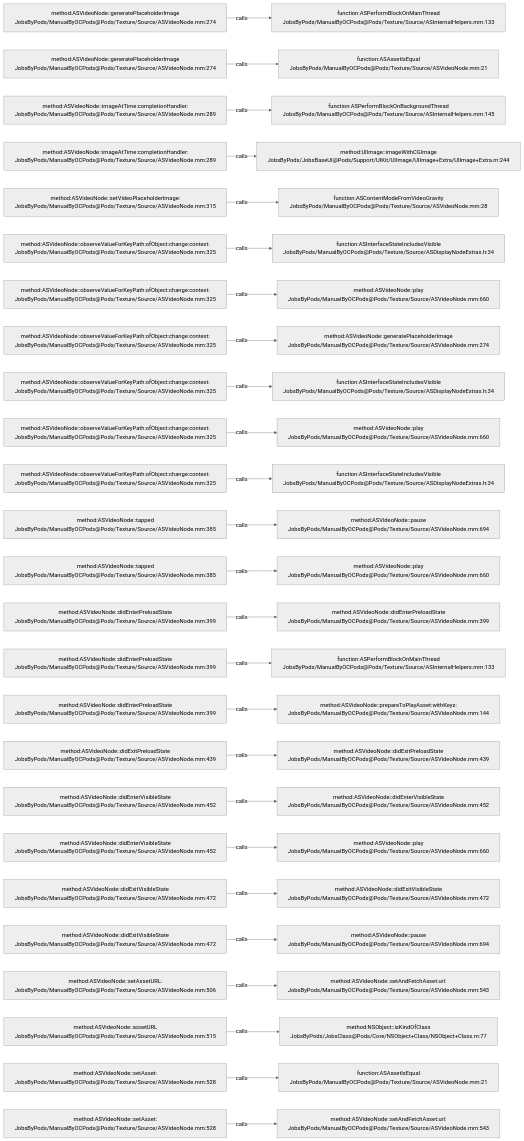
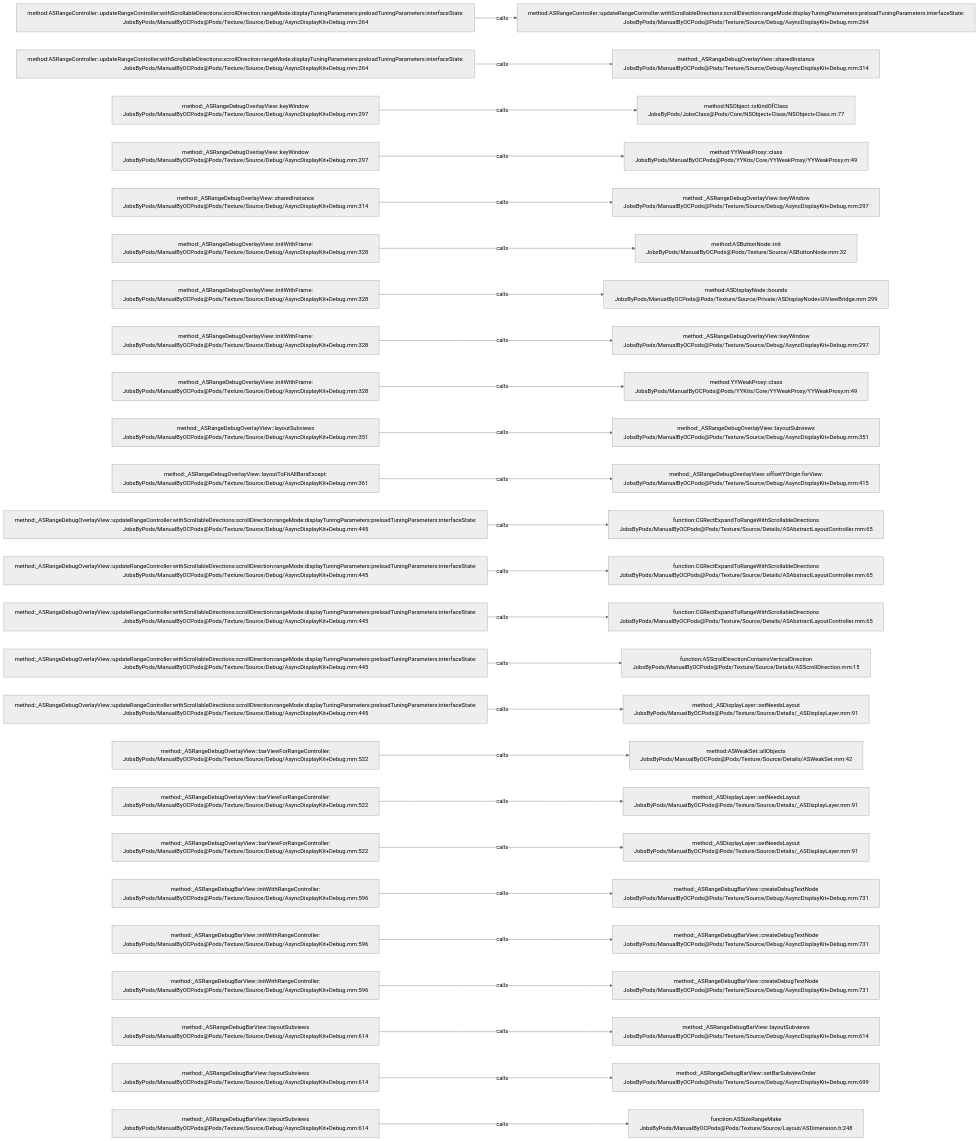
The diagram in .codegraph/codegraph.md/graphs/calls-141.md (JobsKits/JobsOCBaseConfigDemo), drawn with Mermaid (neutral theme) before and after one commit. The commit also changed 1448 other files, not shown here.

````diff
--- a/.codegraph/codegraph.md/graphs/calls-141.md
+++ b/.codegraph/codegraph.md/graphs/calls-141.md
@@ -13,78 +13,78 @@
 ```mermaid
 flowchart LR
-  S1["method:ASVideoNode::generatePlaceholderImage<br/>JobsByPods/ManualByOCPods@Pods/Texture/Source/ASVideoNode.mm:274"]
-  T1["function:ASPerformBlockOnMainThread<br/>JobsByPods/ManualByOCPods@Pods/Texture/Source/ASInternalHelpers.mm:133"]
+  S1["method:ASRangeController::updateRangeController:withScrollableDirections:scrollDirection:rangeMode:displayTuningParameters:preloadTuningParameters:interfaceState:<br/>JobsByPods/ManualByOCPods@Pods/Texture/Source/Debug/AsyncDisplayKit+Debug.mm:264"]
+  T1["method:ASRangeController::updateRangeController:withScrollableDirections:scrollDirection:rangeMode:displayTuningParameters:preloadTuningParameters:interfaceState:<br/>JobsByPods/ManualByOCPods@Pods/Texture/Source/Debug/AsyncDisplayKit+Debug.mm:264"]
   S1 -->|calls| T1
-  S2["method:ASVideoNode::generatePlaceholderImage<br/>JobsByPods/ManualByOCPods@Pods/Texture/Source/ASVideoNode.mm:274"]
-  T2["function:ASAssetIsEqual<br/>JobsByPods/ManualByOCPods@Pods/Texture/Source/ASVideoNode.mm:21"]
+  S2["method:ASRangeController::updateRangeController:withScrollableDirections:scrollDirection:rangeMode:displayTuningParameters:preloadTuningParameters:interfaceState:<br/>JobsByPods/ManualByOCPods@Pods/Texture/Source/Debug/AsyncDisplayKit+Debug.mm:264"]
+  T2["method:_ASRangeDebugOverlayView::sharedInstance<br/>JobsByPods/ManualByOCPods@Pods/Texture/Source/Debug/AsyncDisplayKit+Debug.mm:314"]
   S2 -->|calls| T2
-  S3["method:ASVideoNode::imageAtTime:completionHandler:<br/>JobsByPods/ManualByOCPods@Pods/Texture/Source/ASVideoNode.mm:289"]
-  T3["function:ASPerformBlockOnBackgroundThread<br/>JobsByPods/ManualByOCPods@Pods/Texture/Source/ASInternalHelpers.mm:145"]
+  S3["method:_ASRangeDebugOverlayView::keyWindow<br/>JobsByPods/ManualByOCPods@Pods/Texture/Source/Debug/AsyncDisplayKit+Debug.mm:297"]
+  T3["method:NSObject::isKindOfClass<br/>JobsByPods/JobsClass@Pods/Core/NSObject+Class/NSObject+Class.m:77"]
   S3 -->|calls| T3
-  S4["method:ASVideoNode::imageAtTime:completionHandler:<br/>JobsByPods/ManualByOCPods@Pods/Texture/Source/ASVideoNode.mm:289"]
-  T4["method:UIImage::imageWithCGImage<br/>JobsByPods/JobsBaseUI@Pods/Support/UIKit/UIImage/UIImage+Extra/UIImage+Extra.m:244"]
+  S4["method:_ASRangeDebugOverlayView::keyWindow<br/>JobsByPods/ManualByOCPods@Pods/Texture/Source/Debug/AsyncDisplayKit+Debug.mm:297"]
+  T4["method:YYWeakProxy::class<br/>JobsByPods/ManualByOCPods@Pods/YYKits/Core/YYWeakProxy/YYWeakProxy.m:49"]
   S4 -->|calls| T4
-  S5["method:ASVideoNode::setVideoPlaceholderImage:<br/>JobsByPods/ManualByOCPods@Pods/Texture/Source/ASVideoNode.mm:315"]
-  T5["function:ASContentModeFromVideoGravity<br/>JobsByPods/ManualByOCPods@Pods/Texture/Source/ASVideoNode.mm:28"]
+  S5["method:_ASRangeDebugOverlayView::sharedInstance<br/>JobsByPods/ManualByOCPods@Pods/Texture/Source/Debug/AsyncDisplayKit+Debug.mm:314"]
+  T5["method:_ASRangeDebugOverlayView::keyWindow<br/>JobsByPods/ManualByOCPods@Pods/Texture/Source/Debug/AsyncDisplayKit+Debug.mm:297"]
   S5 -->|calls| T5
-  S6["method:ASVideoNode::observeValueForKeyPath:ofObject:change:context:<br/>JobsByPods/ManualByOCPods@Pods/Texture/Source/ASVideoNode.mm:325"]
-  T6["function:ASInterfaceStateIncludesVisible<br/>JobsByPods/ManualByOCPods@Pods/Texture/Source/ASDisplayNodeExtras.h:34"]
+  S6["method:_ASRangeDebugOverlayView::initWithFrame:<br/>JobsByPods/ManualByOCPods@Pods/Texture/Source/Debug/AsyncDisplayKit+Debug.mm:328"]
+  T6["method:ASButtonNode::init<br/>JobsByPods/ManualByOCPods@Pods/Texture/Source/ASButtonNode.mm:32"]
   S6 -->|calls| T6
-  S7["method:ASVideoNode::observeValueForKeyPath:ofObject:change:context:<br/>JobsByPods/ManualByOCPods@Pods/Texture/Source/ASVideoNode.mm:325"]
-  T7["method:ASVideoNode::play<br/>JobsByPods/ManualByOCPods@Pods/Texture/Source/ASVideoNode.mm:660"]
+  S7["method:_ASRangeDebugOverlayView::initWithFrame:<br/>JobsByPods/ManualByOCPods@Pods/Texture/Source/Debug/AsyncDisplayKit+Debug.mm:328"]
+  T7["method:ASDisplayNode::bounds<br/>JobsByPods/ManualByOCPods@Pods/Texture/Source/Private/ASDisplayNode+UIViewBridge.mm:299"]
   S7 -->|calls| T7
-  S8["method:ASVideoNode::observeValueForKeyPath:ofObject:change:context:<br/>JobsByPods/ManualByOCPods@Pods/Texture/Source/ASVideoNode.mm:325"]
-  T8["method:ASVideoNode::generatePlaceholderImage<br/>JobsByPods/ManualByOCPods@Pods/Texture/Source/ASVideoNode.mm:274"]
+  S8["method:_ASRangeDebugOverlayView::initWithFrame:<br/>JobsByPods/ManualByOCPods@Pods/Texture/Source/Debug/AsyncDisplayKit+Debug.mm:328"]
+  T8["method:_ASRangeDebugOverlayView::keyWindow<br/>JobsByPods/ManualByOCPods@Pods/Texture/Source/Debug/AsyncDisplayKit+Debug.mm:297"]
   S8 -->|calls| T8
-  S9["method:ASVideoNode::observeValueForKeyPath:ofObject:change:context:<br/>JobsByPods/ManualByOCPods@Pods/Texture/Source/ASVideoNode.mm:325"]
-  T9["function:ASInterfaceStateIncludesVisible<br/>JobsByPods/ManualByOCPods@Pods/Texture/Source/ASDisplayNodeExtras.h:34"]
+  S9["method:_ASRangeDebugOverlayView::initWithFrame:<br/>JobsByPods/ManualByOCPods@Pods/Texture/Source/Debug/AsyncDisplayKit+Debug.mm:328"]
+  T9["method:YYWeakProxy::class<br/>JobsByPods/ManualByOCPods@Pods/YYKits/Core/YYWeakProxy/YYWeakProxy.m:49"]
   S9 -->|calls| T9
-  S10["method:ASVideoNode::observeValueForKeyPath:ofObject:change:context:<br/>JobsByPods/ManualByOCPods@Pods/Texture/Source/ASVideoNode.mm:325"]
-  T10["method:ASVideoNode::play<br/>JobsByPods/ManualByOCPods@Pods/Texture/Source/ASVideoNode.mm:660"]
+  S10["method:_ASRangeDebugOverlayView::layoutSubviews<br/>JobsByPods/ManualByOCPods@Pods/Texture/Source/Debug/AsyncDisplayKit+Debug.mm:351"]
+  T10["method:_ASRangeDebugOverlayView::layoutSubviews<br/>JobsByPods/ManualByOCPods@Pods/Texture/Source/Debug/AsyncDisplayKit+Debug.mm:351"]
   S10 -->|calls| T10
-  S11["method:ASVideoNode::observeValueForKeyPath:ofObject:change:context:<br/>JobsByPods/ManualByOCPods@Pods/Texture/Source/ASVideoNode.mm:325"]
-  T11["function:ASInterfaceStateIncludesVisible<br/>JobsByPods/ManualByOCPods@Pods/Texture/Source/ASDisplayNodeExtras.h:34"]
+  S11["method:_ASRangeDebugOverlayView::layoutToFitAllBarsExcept:<br/>JobsByPods/ManualByOCPods@Pods/Texture/Source/Debug/AsyncDisplayKit+Debug.mm:361"]
+  T11["method:_ASRangeDebugOverlayView::offsetYOrigin:forView:<br/>JobsByPods/ManualByOCPods@Pods/Texture/Source/Debug/AsyncDisplayKit+Debug.mm:415"]
   S11 -->|calls| T11
-  S12["method:ASVideoNode::tapped<br/>JobsByPods/ManualByOCPods@Pods/Texture/Source/ASVideoNode.mm:385"]
-  T12["method:ASVideoNode::pause<br/>JobsByPods/ManualByOCPods@Pods/Texture/Source/ASVideoNode.mm:694"]
+  S12["method:_ASRangeDebugOverlayView::updateRangeController:withScrollableDirections:scrollDirection:rangeMode:displayTuningParameters:preloadTuningParameters:interfaceState:<br/>JobsByPods/ManualByOCPods@Pods/Texture/Source/Debug/AsyncDisplayKit+Debug.mm:445"]
+  T12["function:CGRectExpandToRangeWithScrollableDirections<br/>JobsByPods/ManualByOCPods@Pods/Texture/Source/Details/ASAbstractLayoutController.mm:65"]
   S12 -->|calls| T12
-  S13["method:ASVideoNode::tapped<br/>JobsByPods/ManualByOCPods@Pods/Texture/Source/ASVideoNode.mm:385"]
-  T13["method:ASVideoNode::play<br/>JobsByPods/ManualByOCPods@Pods/Texture/Source/ASVideoNode.mm:660"]
+  S13["method:_ASRangeDebugOverlayView::updateRangeController:withScrollableDirections:scrollDirection:rangeMode:displayTuningParameters:preloadTuningParameters:interfaceState:<br/>JobsByPods/ManualByOCPods@Pods/Texture/Source/Debug/AsyncDisplayKit+Debug.mm:445"]
+  T13["function:CGRectExpandToRangeWithScrollableDirections<br/>JobsByPods/ManualByOCPods@Pods/Texture/Source/Details/ASAbstractLayoutController.mm:65"]
   S13 -->|calls| T13
-  S14["method:ASVideoNode::didEnterPreloadState<br/>JobsByPods/ManualByOCPods@Pods/Texture/Source/ASVideoNode.mm:399"]
-  T14["method:ASVideoNode::didEnterPreloadState<br/>JobsByPods/ManualByOCPods@Pods/Texture/Source/ASVideoNode.mm:399"]
+  S14["method:_ASRangeDebugOverlayView::updateRangeController:withScrollableDirections:scrollDirection:rangeMode:displayTuningParameters:preloadTuningParameters:interfaceState:<br/>JobsByPods/ManualByOCPods@Pods/Texture/Source/Debug/AsyncDisplayKit+Debug.mm:445"]
+  T14["function:CGRectExpandToRangeWithScrollableDirections<br/>JobsByPods/ManualByOCPods@Pods/Texture/Source/Details/ASAbstractLayoutController.mm:65"]
   S14 -->|calls| T14
-  S15["method:ASVideoNode::didEnterPreloadState<br/>JobsByPods/ManualByOCPods@Pods/Texture/Source/ASVideoNode.mm:399"]
-  T15["function:ASPerformBlockOnMainThread<br/>JobsByPods/ManualByOCPods@Pods/Texture/Source/ASInternalHelpers.mm:133"]
+  S15["method:_ASRangeDebugOverlayView::updateRangeController:withScrollableDirections:scrollDirection:rangeMode:displayTuningParameters:preloadTuningParameters:interfaceState:<br/>JobsByPods/ManualByOCPods@Pods/Texture/Source/Debug/AsyncDisplayKit+Debug.mm:445"]
+  T15["function:ASScrollDirectionContainsVerticalDirection<br/>JobsByPods/ManualByOCPods@Pods/Texture/Source/Details/ASScrollDirection.mm:15"]
   S15 -->|calls| T15
-  S16["method:ASVideoNode::didEnterPreloadState<br/>JobsByPods/ManualByOCPods@Pods/Texture/Source/ASVideoNode.mm:399"]
-  T16["method:ASVideoNode::prepareToPlayAsset:withKeys:<br/>JobsByPods/ManualByOCPods@Pods/Texture/Source/ASVideoNode.mm:144"]
+  S16["method:_ASRangeDebugOverlayView::updateRangeController:withScrollableDirections:scrollDirection:rangeMode:displayTuningParameters:preloadTuningParameters:interfaceState:<br/>JobsByPods/ManualByOCPods@Pods/Texture/Source/Debug/AsyncDisplayKit+Debug.mm:445"]
+  T16["method:_ASDisplayLayer::setNeedsLayout<br/>JobsByPods/ManualByOCPods@Pods/Texture/Source/Details/_ASDisplayLayer.mm:91"]
   S16 -->|calls| T16
-  S17["method:ASVideoNode::didExitPreloadState<br/>JobsByPods/ManualByOCPods@Pods/Texture/Source/ASVideoNode.mm:439"]
-  T17["method:ASVideoNode::didExitPreloadState<br/>JobsByPods/ManualByOCPods@Pods/Texture/Source/ASVideoNode.mm:439"]
+  S17["method:_ASRangeDebugOverlayView::barViewForRangeController:<br/>JobsByPods/ManualByOCPods@Pods/Texture/Source/Debug/AsyncDisplayKit+Debug.mm:522"]
+  T17["method:ASWeakSet::allObjects<br/>JobsByPods/ManualByOCPods@Pods/Texture/Source/Details/ASWeakSet.mm:42"]
   S17 -->|calls| T17
-  S18["method:ASVideoNode::didEnterVisibleState<br/>JobsByPods/ManualByOCPods@Pods/Texture/Source/ASVideoNode.mm:452"]
-  T18["method:ASVideoNode::didEnterVisibleState<br/>JobsByPods/ManualByOCPods@Pods/Texture/Source/ASVideoNode.mm:452"]
+  S18["method:_ASRangeDebugOverlayView::barViewForRangeController:<br/>JobsByPods/ManualByOCPods@Pods/Texture/Source/Debug/AsyncDisplayKit+Debug.mm:522"]
+  T18["method:_ASDisplayLayer::setNeedsLayout<br/>JobsByPods/ManualByOCPods@Pods/Texture/Source/Details/_ASDisplayLayer.mm:91"]
   S18 -->|calls| T18
-  S19["method:ASVideoNode::didEnterVisibleState<br/>JobsByPods/ManualByOCPods@Pods/Texture/Source/ASVideoNode.mm:452"]
-  T19["method:ASVideoNode::play<br/>JobsByPods/ManualByOCPods@Pods/Texture/Source/ASVideoNode.mm:660"]
+  S19["method:_ASRangeDebugOverlayView::barViewForRangeController:<br/>JobsByPods/ManualByOCPods@Pods/Texture/Source/Debug/AsyncDisplayKit+Debug.mm:522"]
+  T19["method:_ASDisplayLayer::setNeedsLayout<br/>JobsByPods/ManualByOCPods@Pods/Texture/Source/Details/_ASDisplayLayer.mm:91"]
   S19 -->|calls| T19
-  S20["method:ASVideoNode::didExitVisibleState<br/>JobsByPods/ManualByOCPods@Pods/Texture/Source/ASVideoNode.mm:472"]
-  T20["method:ASVideoNode::didExitVisibleState<br/>JobsByPods/ManualByOCPods@Pods/Texture/Source/ASVideoNode.mm:472"]
+  S20["method:_ASRangeDebugBarView::initWithRangeController:<br/>JobsByPods/ManualByOCPods@Pods/Texture/Source/Debug/AsyncDisplayKit+Debug.mm:596"]
+  T20["method:_ASRangeDebugBarView::createDebugTextNode<br/>JobsByPods/ManualByOCPods@Pods/Texture/Source/Debug/AsyncDisplayKit+Debug.mm:731"]
   S20 -->|calls| T20
-  S21["method:ASVideoNode::didExitVisibleState<br/>JobsByPods/ManualByOCPods@Pods/Texture/Source/ASVideoNode.mm:472"]
-  T21["method:ASVideoNode::pause<br/>JobsByPods/ManualByOCPods@Pods/Texture/Source/ASVideoNode.mm:694"]
+  S21["method:_ASRangeDebugBarView::initWithRangeController:<br/>JobsByPods/ManualByOCPods@Pods/Texture/Source/Debug/AsyncDisplayKit+Debug.mm:596"]
+  T21["method:_ASRangeDebugBarView::createDebugTextNode<br/>JobsByPods/ManualByOCPods@Pods/Texture/Source/Debug/AsyncDisplayKit+Debug.mm:731"]
   S21 -->|calls| T21
-  S22["method:ASVideoNode::setAssetURL:<br/>JobsByPods/ManualByOCPods@Pods/Texture/Source/ASVideoNode.mm:506"]
-  T22["method:ASVideoNode::setAndFetchAsset:url:<br/>JobsByPods/ManualByOCPods@Pods/Texture/Source/ASVideoNode.mm:543"]
+  S22["method:_ASRangeDebugBarView::initWithRangeController:<br/>JobsByPods/ManualByOCPods@Pods/Texture/Source/Debug/AsyncDisplayKit+Debug.mm:596"]
+  T22["method:_ASRangeDebugBarView::createDebugTextNode<br/>JobsByPods/ManualByOCPods@Pods/Texture/Source/Debug/AsyncDisplayKit+Debug.mm:731"]
   S22 -->|calls| T22
-  S23["method:ASVideoNode::assetURL<br/>JobsByPods/ManualByOCPods@Pods/Texture/Source/ASVideoNode.mm:515"]
-  T23["method:NSObject::isKindOfClass<br/>JobsByPods/JobsClass@Pods/Core/NSObject+Class/NSObject+Class.m:77"]
+  S23["method:_ASRangeDebugBarView::layoutSubviews<br/>JobsByPods/ManualByOCPods@Pods/Texture/Source/Debug/AsyncDisplayKit+Debug.mm:614"]
+  T23["method:_ASRangeDebugBarView::layoutSubviews<br/>JobsByPods/ManualByOCPods@Pods/Texture/Source/Debug/AsyncDisplayKit+Debug.mm:614"]
   S23 -->|calls| T23
-  S24["method:ASVideoNode::setAsset:<br/>JobsByPods/ManualByOCPods@Pods/Texture/Source/ASVideoNode.mm:528"]
-  T24["function:ASAssetIsEqual<br/>JobsByPods/ManualByOCPods@Pods/Texture/Source/ASVideoNode.mm:21"]
+  S24["method:_ASRangeDebugBarView::layoutSubviews<br/>JobsByPods/ManualByOCPods@Pods/Texture/Source/Debug/AsyncDisplayKit+Debug.mm:614"]
+  T24["method:_ASRangeDebugBarView::setBarSubviewOrder<br/>JobsByPods/ManualByOCPods@Pods/Texture/Source/Debug/AsyncDisplayKit+Debug.mm:699"]
   S24 -->|calls| T24
-  S25["method:ASVideoNode::setAsset:<br/>JobsByPods/ManualByOCPods@Pods/Texture/Source/ASVideoNode.mm:528"]
-  T25["method:ASVideoNode::setAndFetchAsset:url:<br/>JobsByPods/ManualByOCPods@Pods/Texture/Source/ASVideoNode.mm:543"]
+  S25["method:_ASRangeDebugBarView::layoutSubviews<br/>JobsByPods/ManualByOCPods@Pods/Texture/Source/Debug/AsyncDisplayKit+Debug.mm:614"]
+  T25["function:ASSizeRangeMake<br/>JobsByPods/ManualByOCPods@Pods/Texture/Source/Layout/ASDimension.h:248"]
   S25 -->|calls| T25
 ```
````
